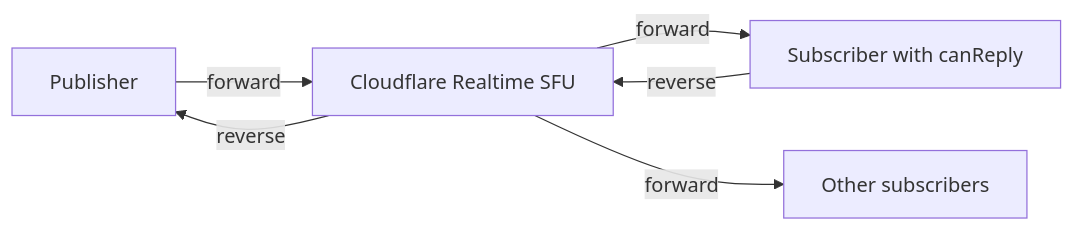
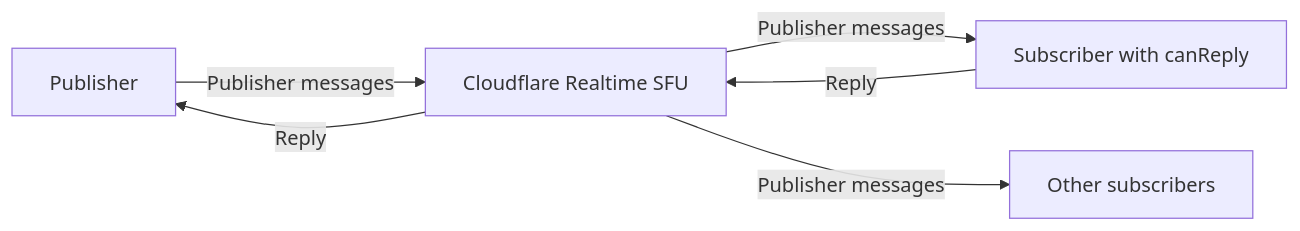
Before and after one commit to cloudflare/cloudflare-docs: the second of 2 diagrams in src/content/docs/realtime/sfu/datachannels.mdx, drawn with Mermaid. The commit also changed other lines of this file, not shown here.

Commit message:
docs(realtime): improve DataChannels copy

````diff
--- a/src/content/docs/realtime/sfu/datachannels.mdx
+++ b/src/content/docs/realtime/sfu/datachannels.mdx
@@ -161,8 +164,8 @@
 ```mermaid
 graph LR
-    P[Publisher] -->|forward| SFU[Cloudflare Realtime SFU]
-    SFU -->|forward| S1[Subscriber with canReply]
-    SFU -->|forward| S2[Other subscribers]
-    S1 -->|reverse| SFU
-    SFU -->|reverse| P
+    P[Publisher] -->|Publisher messages| SFU[Cloudflare Realtime SFU]
+    SFU -->|Publisher messages| S1[Subscriber with canReply]
+    SFU -->|Publisher messages| S2[Other subscribers]
+    S1 -->|Reply| SFU
+    SFU -->|Reply| P
 ```
````
